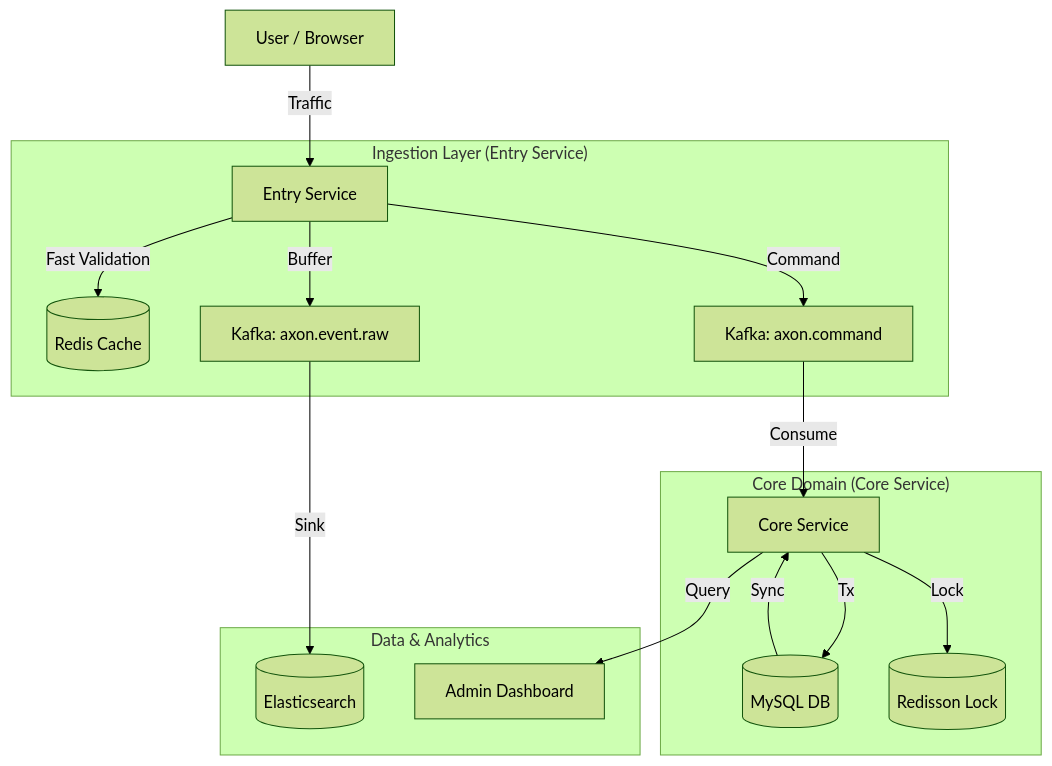
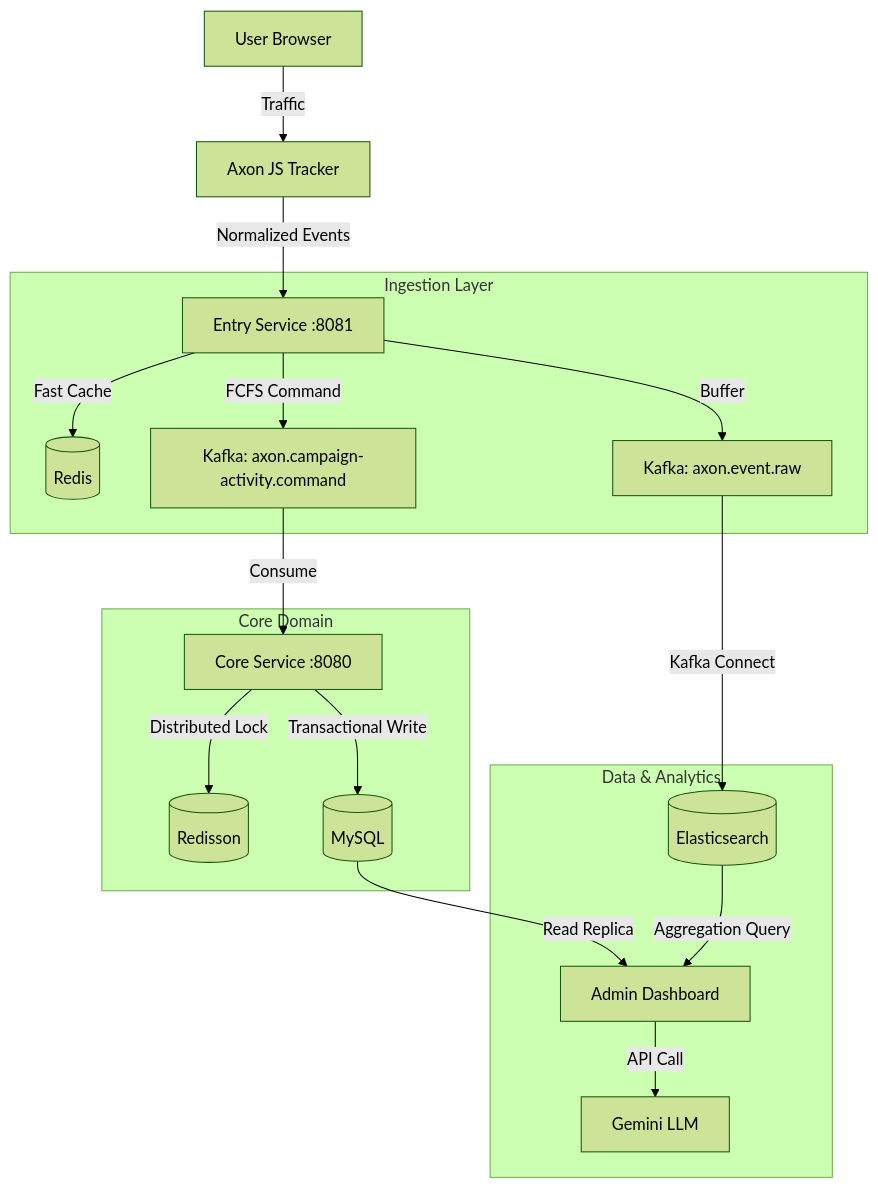
The first of 2 diagrams in README.md (HonoraryIndians/axon), drawn with Mermaid (forest theme) before and after one commit. The commit also changed other lines of this file and 1 other file, not shown here.

Commit message:
fix(core): Add debug code to see gemini chatbot error

````diff
--- a/README.md
+++ b/README.md
@@ -32,22 +42,24 @@
 ```mermaid
 graph TD
-    Client[User / Browser] -->|Traffic| Entry[Entry Service]
-    
-    subgraph "Ingestion Layer (Entry Service)"
-        Entry -->|Fast Validation| Redis_Cache[(Redis Cache)]
+    Client[User Browser] -->|Traffic| Tracker[Axon JS Tracker]
+    Tracker -->|Normalized Events| Entry[Entry Service :8081]
+
+    subgraph "Ingestion Layer"
+        Entry -->|Fast Cache| Redis[(Redis)]
         Entry -->|Buffer| Kafka_Raw[Kafka: axon.event.raw]
-        Entry -->|Command| Kafka_Cmd[Kafka: axon.command]
+        Entry -->|FCFS Command| Kafka_Cmd[Kafka: axon.campaign-activity.command]
     end
 
-    subgraph "Core Domain (Core Service)"
-        Kafka_Cmd -->|Consume| Core[Core Service]
-        Core -->|Tx| MySQL[(MySQL DB)]
-        Core -->|Lock| Redis_Lock[(Redisson Lock)]
+    subgraph "Core Domain"
+        Kafka_Cmd -->|Consume| Core[Core Service :8080]
+        Core -->|Distributed Lock| Redisson[(Redisson)]
+        Core -->|Transactional Write| MySQL[(MySQL)]
     end
 
     subgraph "Data & Analytics"
-        Kafka_Raw -->|Sink| ES[(Elasticsearch)]
-        MySQL -->|Sync| Core
-        Core -->|Query| Admin[Admin Dashboard]
+        Kafka_Raw -->|Kafka Connect| ES[(Elasticsearch)]
+        MySQL -->|Read Replica| Dashboard[Admin Dashboard]
+        ES -->|Aggregation Query| Dashboard
+        Dashboard -->|API Call| LLM[Gemini LLM]
     end
 ```
````
